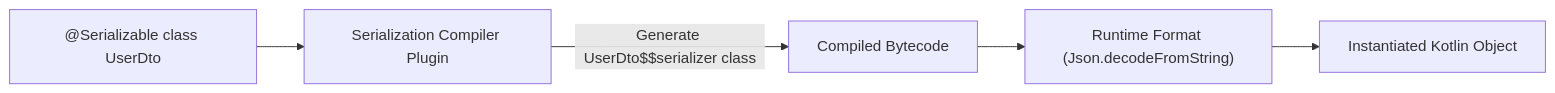
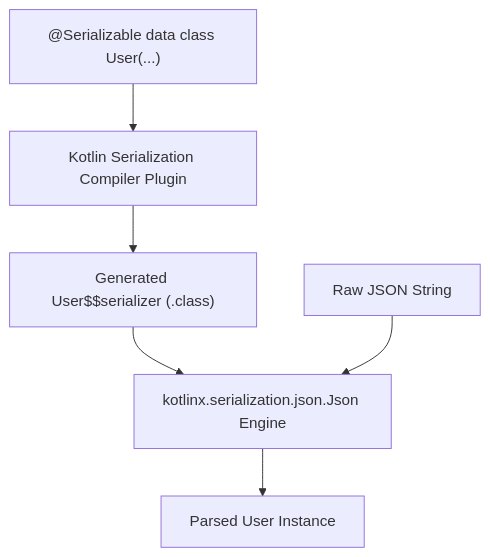
Before and after one commit to youngmin-gwon/what-i-studied: the diagram in 01_inbox/mobile/android/03_packaging_deployment/build/dependency-versioning/dependency-ci-contracts/kotlinx-serialization-requires-compiler-plugin-and-runtime-format.md, drawn with Mermaid. The commit also changed other lines of this file and 134 other files, not shown here.

````diff
--- a/01_inbox/mobile/android/03_packaging_deployment/build/dependency-versioning/dependency-ci-contracts/kotlinx-serialization-requires-compiler-plugin-and-runtime-format.md
+++ b/01_inbox/mobile/android/03_packaging_deployment/build/dependency-versioning/dependency-ci-contracts/kotlinx-serialization-requires-compiler-plugin-and-runtime-format.md
@@ -22,7 +27,7 @@
 ```mermaid
-flowchart LR
-    Source["@Serializable class UserDto"] --> CompPlugin["Serialization Compiler Plugin"]
-    CompPlugin -->|Generate UserDto$$serializer class| Bytecode["Compiled Bytecode"]
-    Bytecode --> RuntimeFormat["Runtime Format (Json.decodeFromString)"]
-    RuntimeFormat --> Object["Instantiated Kotlin Object"]
+flowchart TD
+    AnnotatedClass["@Serializable data class User(...)"] --> CompilerPlugin["Kotlin Serialization Compiler Plugin"]
+    CompilerPlugin --> GeneratedSerializer["Generated User$$serializer (.class)"]
+    GeneratedSerializer & JSONString["Raw JSON String"] --> RuntimeFormat["kotlinx.serialization.json.Json Engine"]
+    RuntimeFormat --> ParsedObj["Parsed User Instance"]
 ```
````
